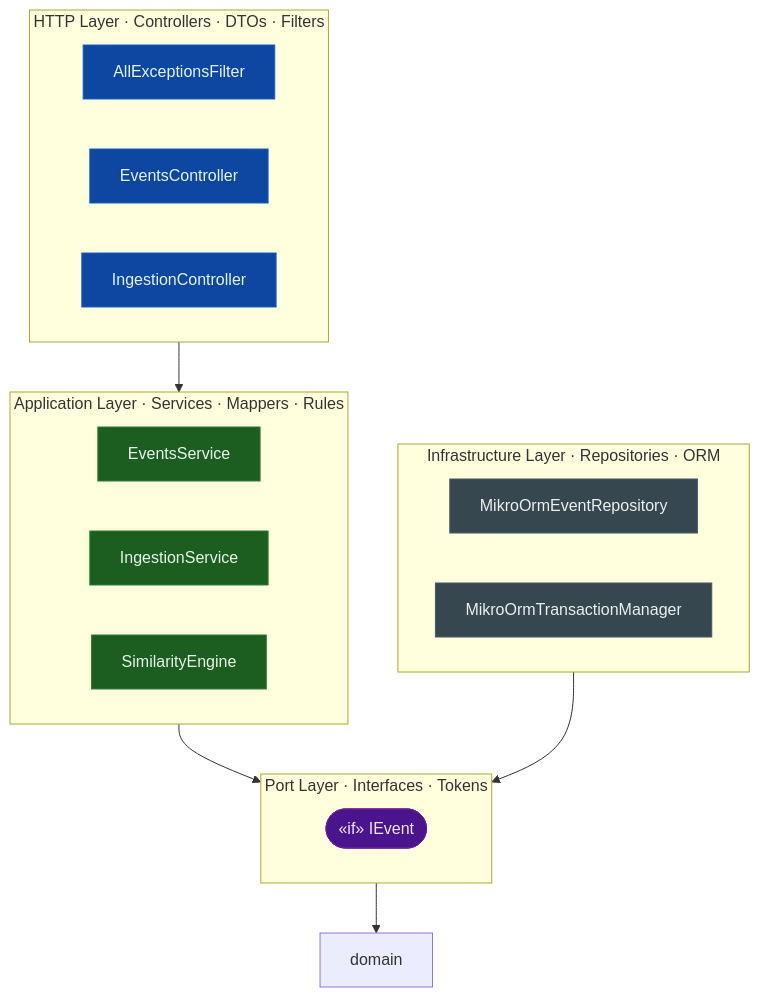
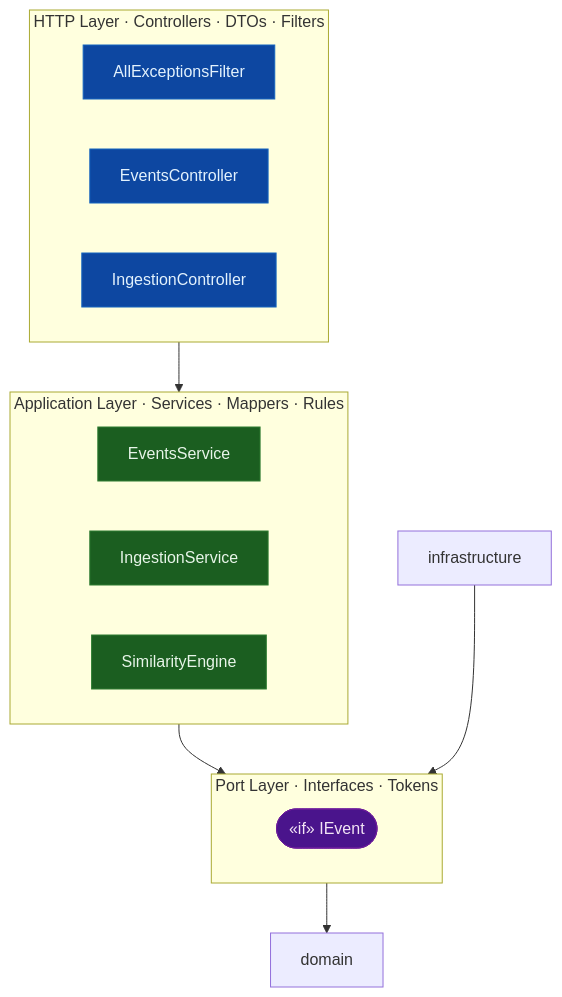
One commit to Phastboy/campuspulse changed the third of 3 diagrams in docs/architecture.md. Above: the diagram before and after it, drawn with Mermaid. The commit also changed other lines of this file and 1 other file, not shown here.

First line of the commit message:
docs(architecture): update diagrams with new adapter classes

````diff
--- a/docs/architecture.md
+++ b/docs/architecture.md
@@ -102,45 +108,38 @@
 ```mermaid
 graph TB
   %% Layers — arrows show the only allowed dependency direction
 
   subgraph http ["HTTP Layer · Controllers · DTOs · Filters"]
     AllExceptionsFilter["AllExceptionsFilter"]
     EventsController["EventsController"]
     IngestionController["IngestionController"]
   end
 
   subgraph application ["Application Layer · Services · Mappers · Rules"]
     EventsService["EventsService"]
     IngestionService["IngestionService"]
     SimilarityEngine["SimilarityEngine"]
   end
 
   subgraph port ["Port Layer · Interfaces · Tokens"]
     IEvent(["«if» IEvent"])
   end
 
-  subgraph infrastructure ["Infrastructure Layer · Repositories · ORM"]
-    MikroOrmEventRepository["MikroOrmEventRepository"]
-    MikroOrmTransactionManager["MikroOrmTransactionManager"]
-  end
-
   http          --> application
   application   --> port
   port          --> domain
   infrastructure --> port
 
   classDef http   fill:#0d47a1,stroke:#1565c0,color:#e3f2fd
   classDef app    fill:#1b5e20,stroke:#2e7d32,color:#e8f5e9
   classDef port   fill:#4a148c,stroke:#6a1b9a,color:#f3e5f5
   classDef domain fill:#e65100,stroke:#ef6c00,color:#fff3e0
   classDef infra  fill:#37474f,stroke:#455a64,color:#eceff1
   class AllExceptionsFilter http
   class EventsController http
   class IngestionController http
   class EventsService app
   class IngestionService app
   class SimilarityEngine app
   class IEvent port
-  class MikroOrmEventRepository infra
-  class MikroOrmTransactionManager infra
 ```
````
